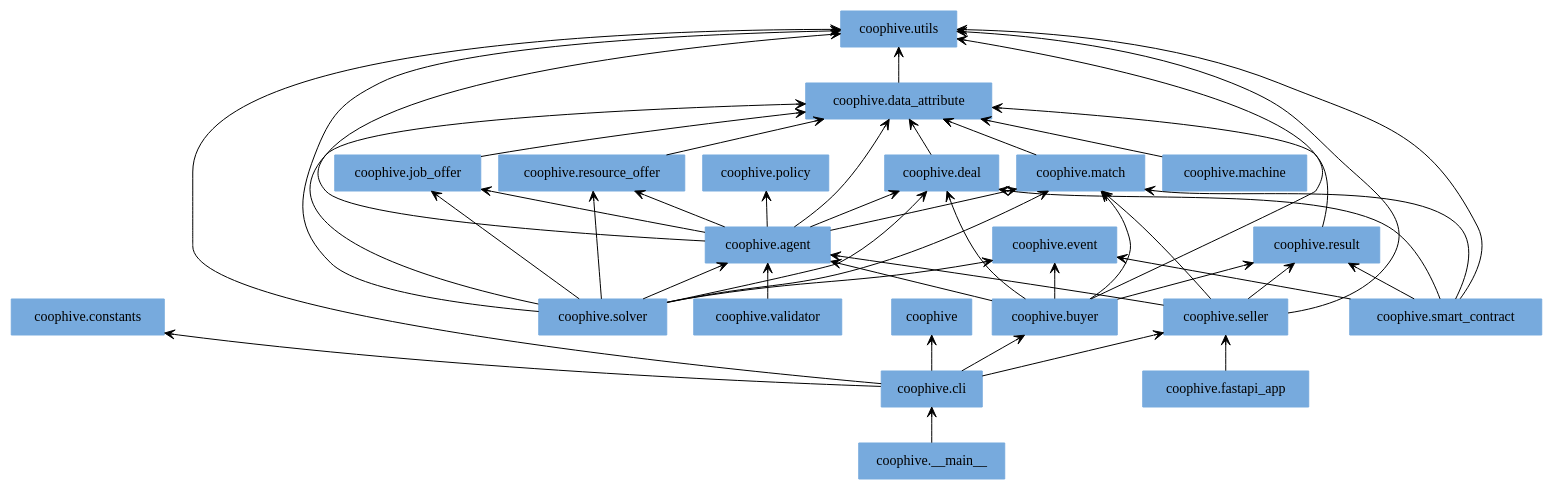
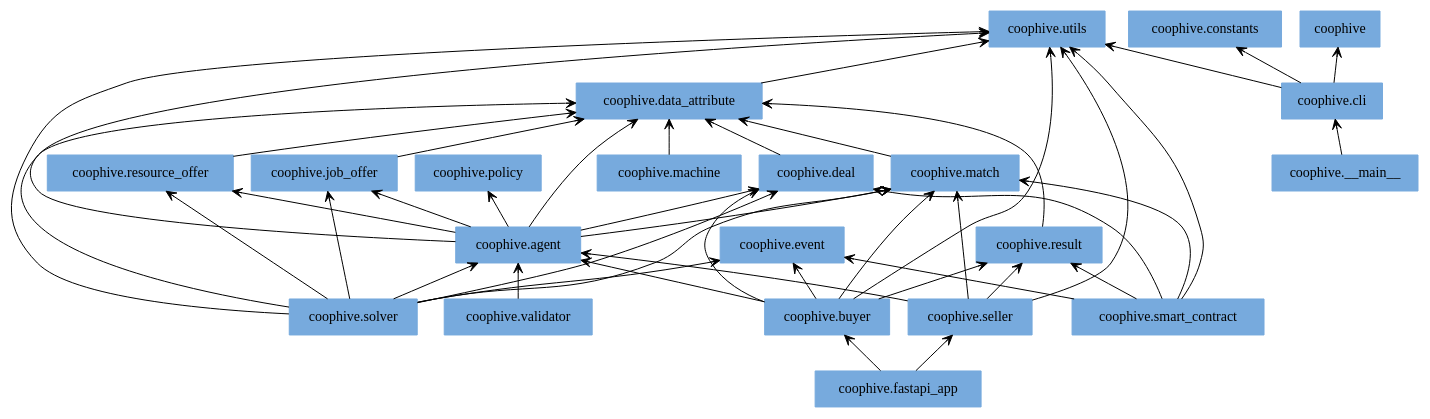
Before and after one commit to CoopHive/Apiary: the diagram in docs/img/packages_coophive.dot, drawn with Graphviz. The commit also changed 14 other files, not shown here.

```diff
--- a/docs/img/packages_coophive.dot
+++ b/docs/img/packages_coophive.dot
@@ -1,70 +1,69 @@
 digraph "packages_coophive" {
 rankdir=BT
 charset="utf-8"
 "coophive" [color="#77AADD", label=<coophive>, shape="box", style="filled"];
 "coophive.__main__" [color="#77AADD", label=<coophive.__main__>, shape="box", style="filled"];
 "coophive.agent" [color="#77AADD", label=<coophive.agent>, shape="box", style="filled"];
 "coophive.buyer" [color="#77AADD", label=<coophive.buyer>, shape="box", style="filled"];
 "coophive.cli" [color="#77AADD", label=<coophive.cli>, shape="box", style="filled"];
 "coophive.constants" [color="#77AADD", label=<coophive.constants>, shape="box", style="filled"];
 "coophive.data_attribute" [color="#77AADD", label=<coophive.data_attribute>, shape="box", style="filled"];
 "coophive.deal" [color="#77AADD", label=<coophive.deal>, shape="box", style="filled"];
 "coophive.event" [color="#77AADD", label=<coophive.event>, shape="box", style="filled"];
 "coophive.fastapi_app" [color="#77AADD", label=<coophive.fastapi_app>, shape="box", style="filled"];
 "coophive.job_offer" [color="#77AADD", label=<coophive.job_offer>, shape="box", style="filled"];
 "coophive.machine" [color="#77AADD", label=<coophive.machine>, shape="box", style="filled"];
 "coophive.match" [color="#77AADD", label=<coophive.match>, shape="box", style="filled"];
 "coophive.policy" [color="#77AADD", label=<coophive.policy>, shape="box", style="filled"];
 "coophive.resource_offer" [color="#77AADD", label=<coophive.resource_offer>, shape="box", style="filled"];
 "coophive.result" [color="#77AADD", label=<coophive.result>, shape="box", style="filled"];
 "coophive.seller" [color="#77AADD", label=<coophive.seller>, shape="box", style="filled"];
 "coophive.smart_contract" [color="#77AADD", label=<coophive.smart_contract>, shape="box", style="filled"];
 "coophive.solver" [color="#77AADD", label=<coophive.solver>, shape="box", style="filled"];
 "coophive.utils" [color="#77AADD", label=<coophive.utils>, shape="box", style="filled"];
 "coophive.validator" [color="#77AADD", label=<coophive.validator>, shape="box", style="filled"];
 "coophive.__main__" -> "coophive.cli" [arrowhead="open", arrowtail="none"];
 "coophive.agent" -> "coophive.data_attribute" [arrowhead="open", arrowtail="none"];
 "coophive.agent" -> "coophive.deal" [arrowhead="open", arrowtail="none"];
 "coophive.agent" -> "coophive.job_offer" [arrowhead="open", arrowtail="none"];
 "coophive.agent" -> "coophive.match" [arrowhead="open", arrowtail="none"];
 "coophive.agent" -> "coophive.policy" [arrowhead="open", arrowtail="none"];
 "coophive.agent" -> "coophive.resource_offer" [arrowhead="open", arrowtail="none"];
 "coophive.agent" -> "coophive.utils" [arrowhead="open", arrowtail="none"];
 "coophive.buyer" -> "coophive.agent" [arrowhead="open", arrowtail="none"];
 "coophive.buyer" -> "coophive.deal" [arrowhead="open", arrowtail="none"];
 "coophive.buyer" -> "coophive.event" [arrowhead="open", arrowtail="none"];
 "coophive.buyer" -> "coophive.match" [arrowhead="open", arrowtail="none"];
 "coophive.buyer" -> "coophive.result" [arrowhead="open", arrowtail="none"];
 "coophive.buyer" -> "coophive.utils" [arrowhead="open", arrowtail="none"];
 "coophive.cli" -> "coophive" [arrowhead="open", arrowtail="none"];
-"coophive.cli" -> "coophive.buyer" [arrowhead="open", arrowtail="none"];
 "coophive.cli" -> "coophive.constants" [arrowhead="open", arrowtail="none"];
-"coophive.cli" -> "coophive.seller" [arrowhead="open", arrowtail="none"];
 "coophive.cli" -> "coophive.utils" [arrowhead="open", arrowtail="none"];
 "coophive.data_attribute" -> "coophive.utils" [arrowhead="open", arrowtail="none"];
 "coophive.deal" -> "coophive.data_attribute" [arrowhead="open", arrowtail="none"];
+"coophive.fastapi_app" -> "coophive.buyer" [arrowhead="open", arrowtail="none"];
 "coophive.fastapi_app" -> "coophive.seller" [arrowhead="open", arrowtail="none"];
 "coophive.job_offer" -> "coophive.data_attribute" [arrowhead="open", arrowtail="none"];
 "coophive.machine" -> "coophive.data_attribute" [arrowhead="open", arrowtail="none"];
 "coophive.match" -> "coophive.data_attribute" [arrowhead="open", arrowtail="none"];
 "coophive.resource_offer" -> "coophive.data_attribute" [arrowhead="open", arrowtail="none"];
 "coophive.result" -> "coophive.data_attribute" [arrowhead="open", arrowtail="none"];
 "coophive.seller" -> "coophive.agent" [arrowhead="open", arrowtail="none"];
 "coophive.seller" -> "coophive.match" [arrowhead="open", arrowtail="none"];
 "coophive.seller" -> "coophive.result" [arrowhead="open", arrowtail="none"];
 "coophive.seller" -> "coophive.utils" [arrowhead="open", arrowtail="none"];
 "coophive.smart_contract" -> "coophive.deal" [arrowhead="open", arrowtail="none"];
 "coophive.smart_contract" -> "coophive.event" [arrowhead="open", arrowtail="none"];
 "coophive.smart_contract" -> "coophive.match" [arrowhead="open", arrowtail="none"];
 "coophive.smart_contract" -> "coophive.result" [arrowhead="open", arrowtail="none"];
 "coophive.smart_contract" -> "coophive.utils" [arrowhead="open", arrowtail="none"];
 "coophive.solver" -> "coophive.agent" [arrowhead="open", arrowtail="none"];
 "coophive.solver" -> "coophive.data_attribute" [arrowhead="open", arrowtail="none"];
 "coophive.solver" -> "coophive.deal" [arrowhead="open", arrowtail="none"];
 "coophive.solver" -> "coophive.event" [arrowhead="open", arrowtail="none"];
 "coophive.solver" -> "coophive.job_offer" [arrowhead="open", arrowtail="none"];
 "coophive.solver" -> "coophive.match" [arrowhead="open", arrowtail="none"];
 "coophive.solver" -> "coophive.resource_offer" [arrowhead="open", arrowtail="none"];
 "coophive.solver" -> "coophive.utils" [arrowhead="open", arrowtail="none"];
 "coophive.validator" -> "coophive.agent" [arrowhead="open", arrowtail="none"];
 }
```
